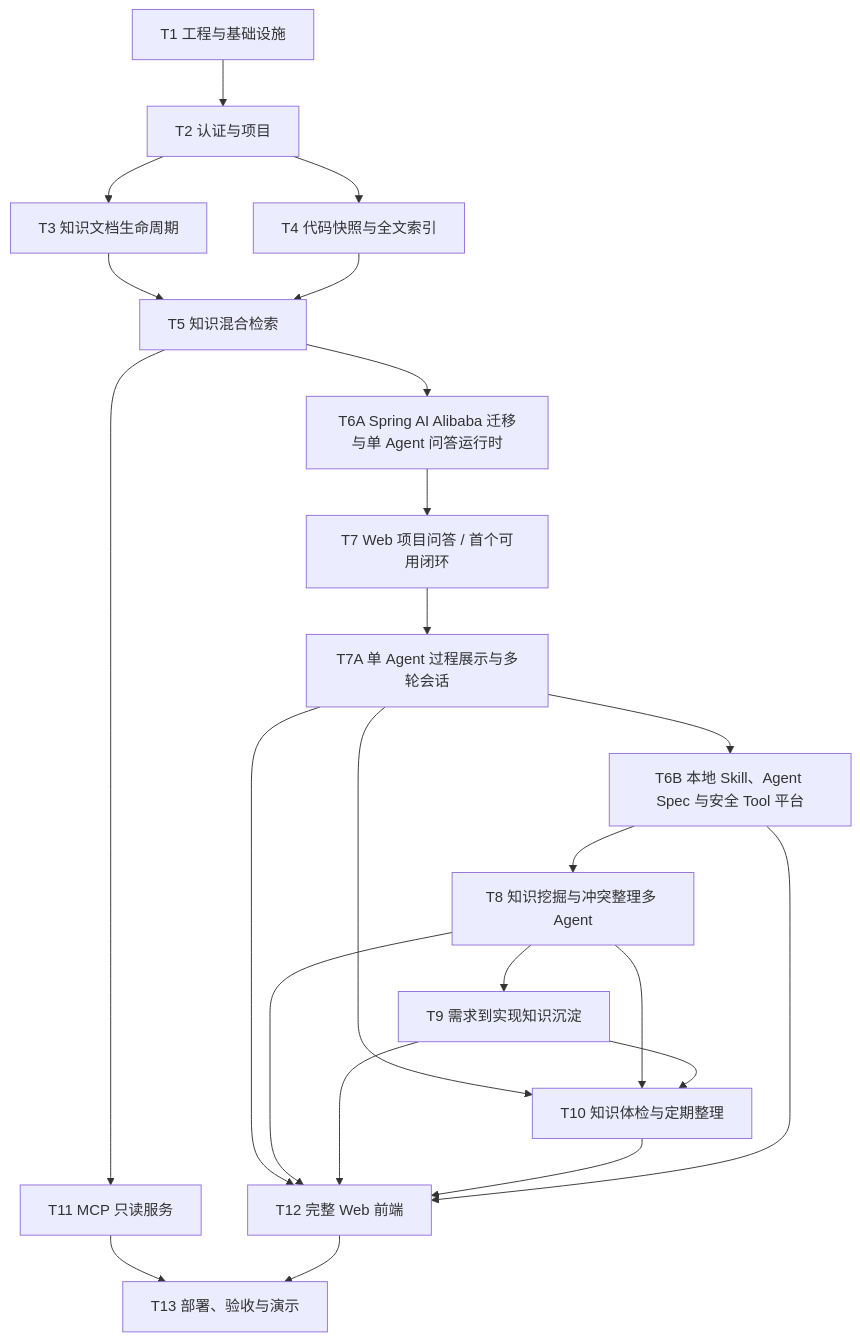
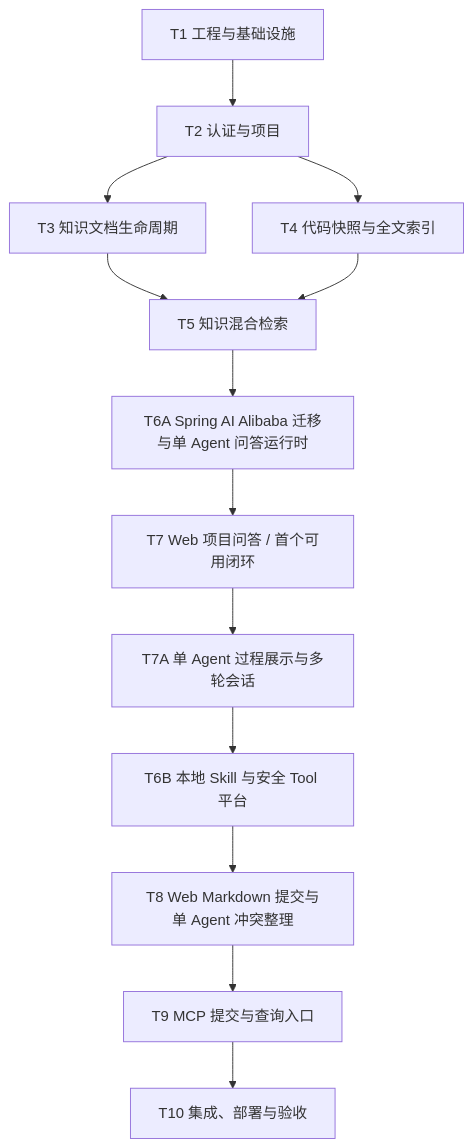
The diagram in docs/product/LoreDock_MVP功能开发计划.md (dztyykxx/LoreDock), drawn with Mermaid before and after one commit. The commit also changed other lines of this file and 65 other files, not shown here.

````diff
--- a/docs/product/LoreDock_MVP功能开发计划.md
+++ b/docs/product/LoreDock_MVP功能开发计划.md
@@ -31,25 +31,15 @@
 ```mermaid
 flowchart TD
     T1["T1 工程与基础设施"] --> T2["T2 认证与项目"]
     T2 --> T3["T3 知识文档生命周期"]
     T2 --> T4["T4 代码快照与全文索引"]
     T3 --> T5["T5 知识混合检索"]
     T4 --> T5
     T5 --> T6A["T6A Spring AI Alibaba 迁移与单 Agent 问答运行时"]
     T6A --> T7["T7 Web 项目问答 / 首个可用闭环"]
     T7 --> T7A["T7A 单 Agent 过程展示与多轮会话"]
-    T7A --> T6B["T6B 本地 Skill、Agent Spec 与安全 Tool 平台"]
-    T6B --> T8["T8 知识挖掘与冲突整理多 Agent"]
-    T8 --> T9["T9 需求到实现知识沉淀"]
-    T7A --> T10["T10 知识体检与定期整理"]
-    T8 --> T10
-    T9 --> T10
-    T5 --> T11["T11 MCP 只读服务"]
-    T7A --> T12["T12 完整 Web 前端"]
-    T8 --> T12
-    T9 --> T12
-    T10 --> T12
-    T6B --> T12
-    T11 --> T13["T13 部署、验收与演示"]
-    T12 --> T13
+    T7A --> T6B["T6B 本地 Skill 与安全 Tool 平台"]
+    T6B --> T8["T8 Web Markdown 提交与单 Agent 冲突整理"]
+    T8 --> T9["T9 MCP 提交与查询入口"]
+    T9 --> T10["T10 集成、部署与验收"]
 ```
````
